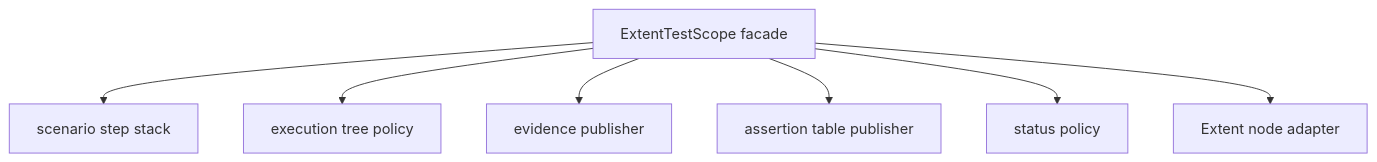
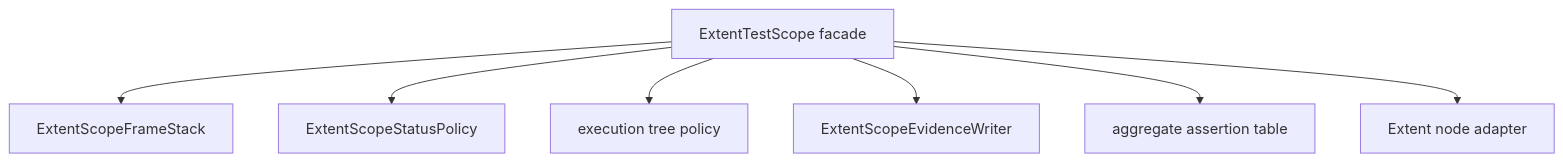
The second of 3 diagrams in Atf.Reporting.Extent/README.md (crististefanita/CS1), drawn with Mermaid before and after one commit. The commit also changed other lines of this file and 210 other files, not shown here.

````diff
--- a/Atf.Reporting.Extent/README.md
+++ b/Atf.Reporting.Extent/README.md
@@ -62,9 +164,9 @@
 ```mermaid
 flowchart TD
-    Scope[ExtentTestScope facade] --> Stack[scenario step stack]
+    Scope[ExtentTestScope facade] --> Stack[ExtentScopeFrameStack]
+    Scope --> Status[ExtentScopeStatusPolicy]
     Scope --> Tree[execution tree policy]
-    Scope --> Evidence[evidence publisher]
-    Scope --> Assertions[assertion table publisher]
-    Scope --> Status[status policy]
+    Scope --> Evidence[ExtentScopeEvidenceWriter]
+    Scope --> Assertions[aggregate assertion table]
     Scope --> Adapter[Extent node adapter]
 ```
````
